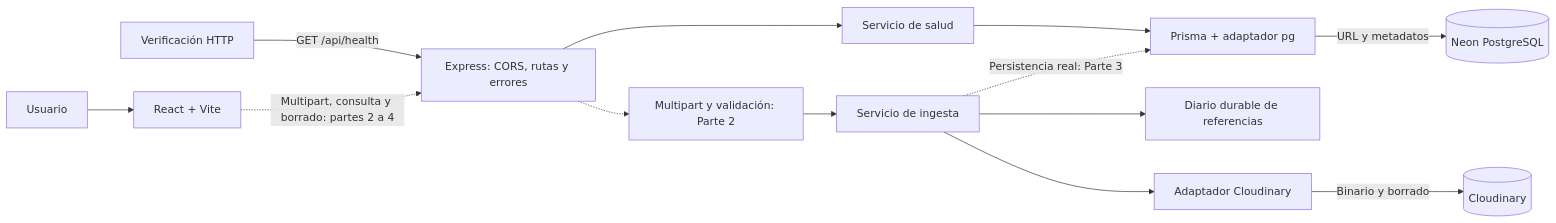
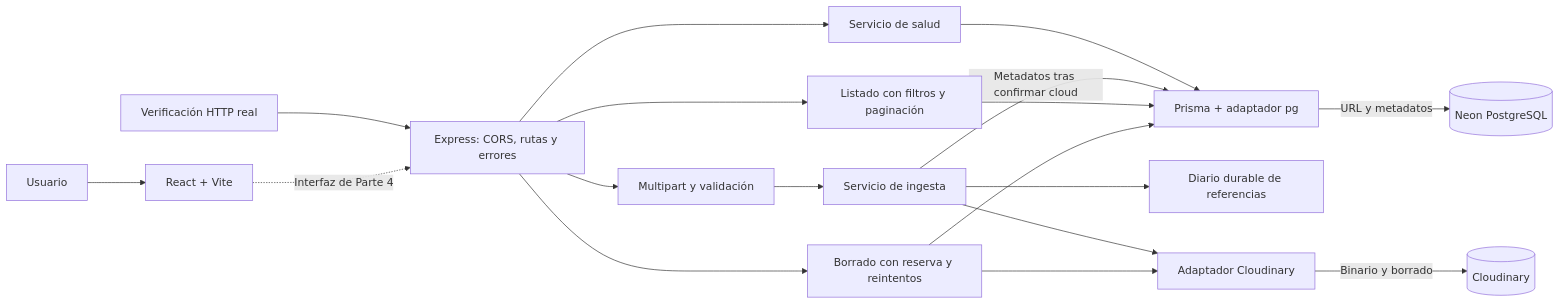
The diagram in docs/arquitectura.md (juanffff-hub/cloud-media-vault), drawn with Mermaid before and after one commit. The commit also changed other lines of this file and 8 other files, not shown here.

````diff
--- a/docs/arquitectura.md
+++ b/docs/arquitectura.md
@@ -6,15 +6,20 @@
 ```mermaid
 flowchart LR
   Usuario[Usuario] --> React[React + Vite]
-  Prueba[Verificación HTTP] -->|GET /api/health| API[Express: CORS, rutas y errores]
-  React -.->|Multipart, consulta y borrado: partes 2 a 4| API
+  Prueba[Verificación HTTP real] --> API[Express: CORS, rutas y errores]
+  React -.->|Interfaz de Parte 4| API
   API --> Salud[Servicio de salud]
   Salud --> Prisma[Prisma + adaptador pg]
   Prisma -->|URL y metadatos| Neon[(Neon PostgreSQL)]
-  API -.-> Ingesta[Multipart y validación: Parte 2]
+  API --> Ingesta[Multipart y validación]
   Ingesta --> Servicios[Servicio de ingesta]
   Servicios --> Diario[Diario durable de referencias]
   Servicios --> Cloud[Adaptador Cloudinary]
   Cloud -->|Binario y borrado| Cloudinary[(Cloudinary)]
-  Servicios -.->|Persistencia real: Parte 3| Prisma
+  Servicios -->|Metadatos tras confirmar cloud| Prisma
+  API --> Listado[Listado con filtros y paginación]
+  Listado --> Prisma
+  API --> Borrado[Borrado con reserva y reintentos]
+  Borrado --> Cloud
+  Borrado --> Prisma
 ```
````
